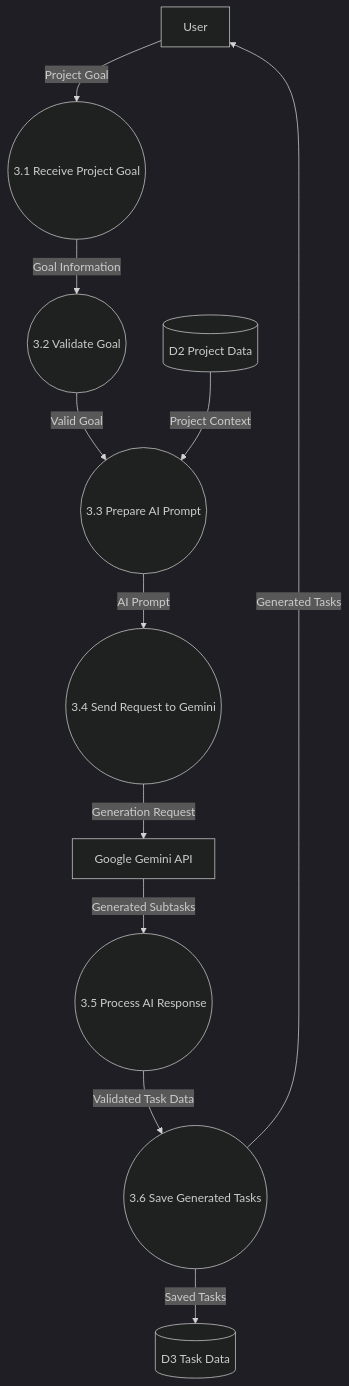
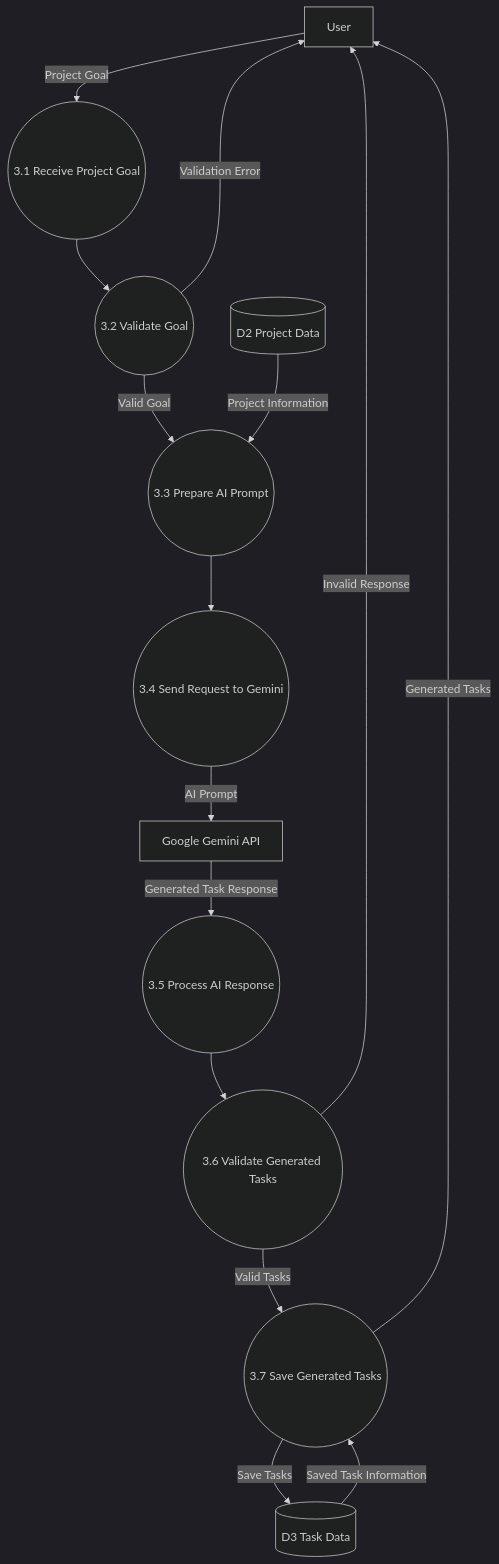
The fifth of 6 diagrams in documentation/System_Design.md (Snadip2929/ai-powered-kanban-planner), drawn with Mermaid (dark theme) before and after one commit. The commit also changed other lines of this file, not shown here.

````diff
--- a/documentation/System_Design.md
+++ b/documentation/System_Design.md
@@ -397,26 +365,36 @@
 ```mermaid
 flowchart TD
     U[User]
-    AI[Google Gemini API]
 
     P31((3.1 Receive Project Goal))
     P32((3.2 Validate Goal))
     P33((3.3 Prepare AI Prompt))
     P34((3.4 Send Request to Gemini))
     P35((3.5 Process AI Response))
-    P36((3.6 Save Generated Tasks))
+    P36((3.6 Validate Generated Tasks))
+    P37((3.7 Save Generated Tasks))
 
+    AI[Google Gemini API]
     D2[(D2 Project Data)]
     D3[(D3 Task Data)]
 
     U -->|Project Goal| P31
-    P31 -->|Goal Information| P32
+    P31 --> P32
+
     P32 -->|Valid Goal| P33
-    D2 -->|Project Context| P33
-    P33 -->|AI Prompt| P34
-    P34 -->|Generation Request| AI
-    AI -->|Generated Subtasks| P35
-    P35 -->|Validated Task Data| P36
-    P36 -->|Saved Tasks| D3
-    P36 -->|Generated Tasks| U
+    P32 -->|Validation Error| U
+
+    P33 --> P34
+    P34 -->|AI Prompt| AI
+    AI -->|Generated Task Response| P35
+
+    P35 --> P36
+    P36 -->|Valid Tasks| P37
+    P36 -->|Invalid Response| U
+
+    D2 -->|Project Information| P33
+    P37 -->|Save Tasks| D3
+    D3 -->|Saved Task Information| P37
+
+    P37 -->|Generated Tasks| U
 ```
````
